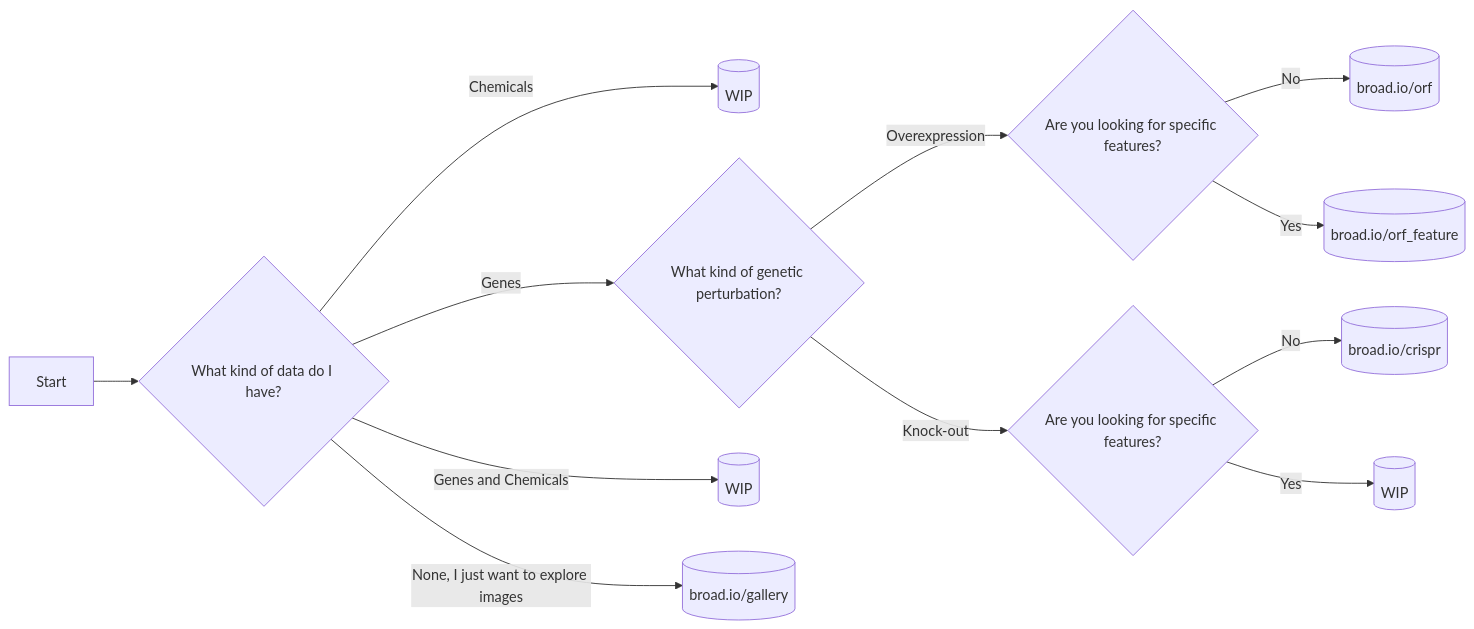
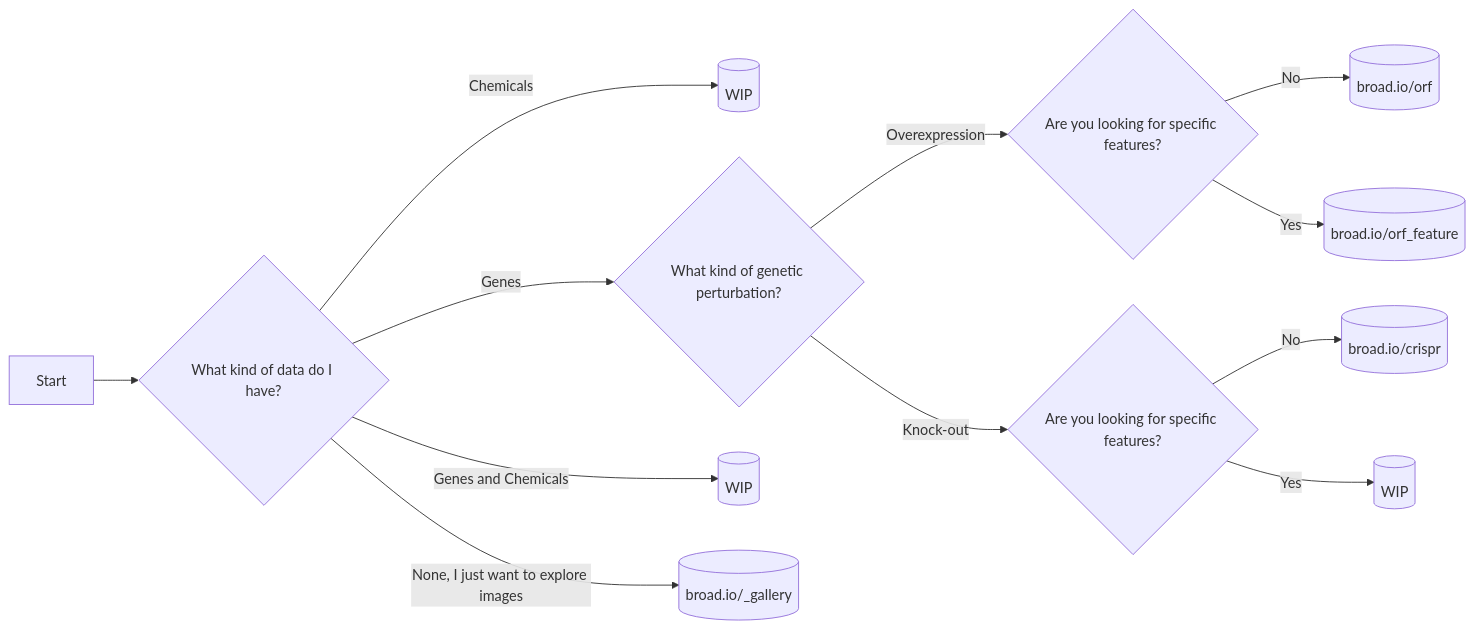
The diagram in libs/jump_rr/README.md (broadinstitute/monorepo), drawn with Mermaid before and after one commit. The commit also changed other lines of this file and 1 other file, not shown here.

````diff
--- a/libs/jump_rr/README.md
+++ b/libs/jump_rr/README.md
@@ -16,14 +16,14 @@
 ```mermaid
 flowchart LR
     A[Start] --> B{What kind of data do I have?}
     B -- Chemicals --> C[(WIP)]
     B -- Genes --> D{What kind of genetic perturbation?}
     B -- Genes and Chemicals --> asd[(WIP)]
-    B -- None, I just want to explore images --> images[(broad.io/gallery)]
+    B -- None, I just want to explore images --> images[(broad.io/<orf,crispr,compound>_gallery)]
     D -- Overexpression --> orf{Are you looking for specific features?}
     D -- Knock-out --> crispr{Are you looking for specific features?}
     orf -- No -->  F[(broad.io/orf)]
     orf -- Yes -->  G[(broad.io/orf_feature)]
     crispr -- No -->  H[(broad.io/crispr)]
     crispr -- Yes --> I[(WIP)]
 ```
````
